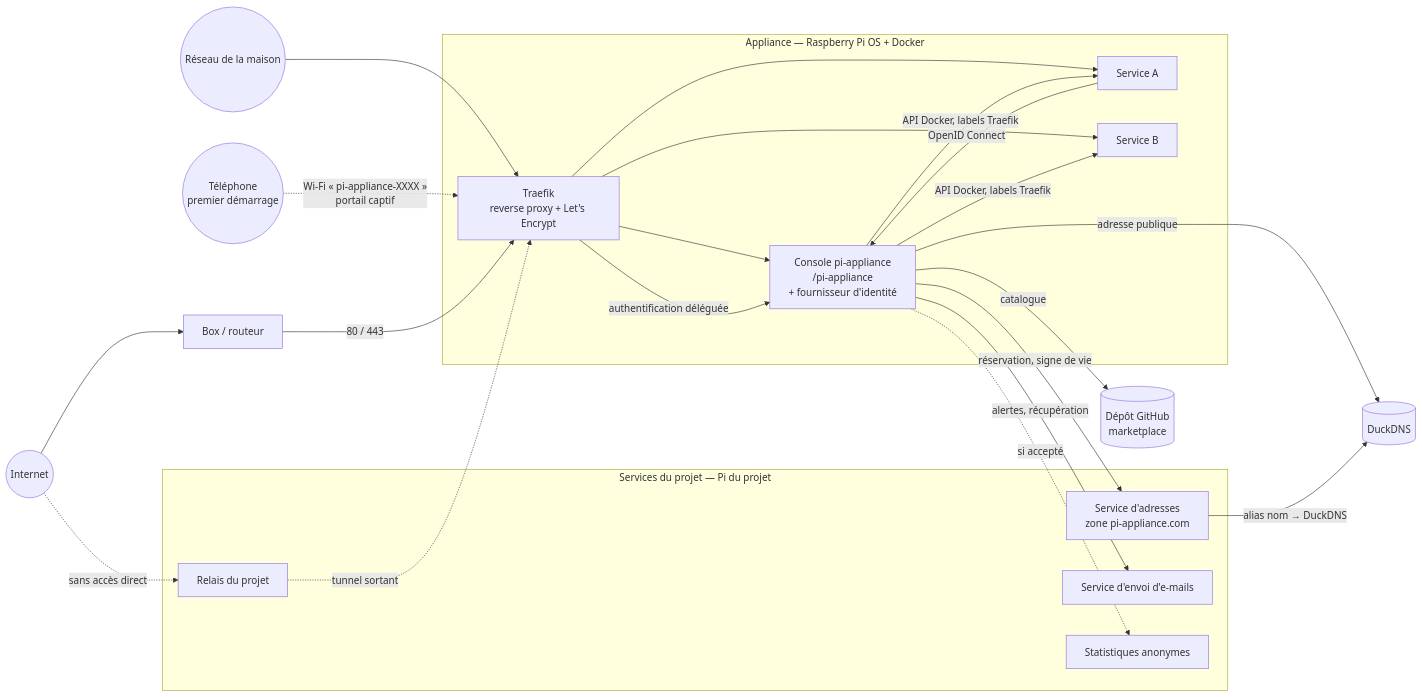
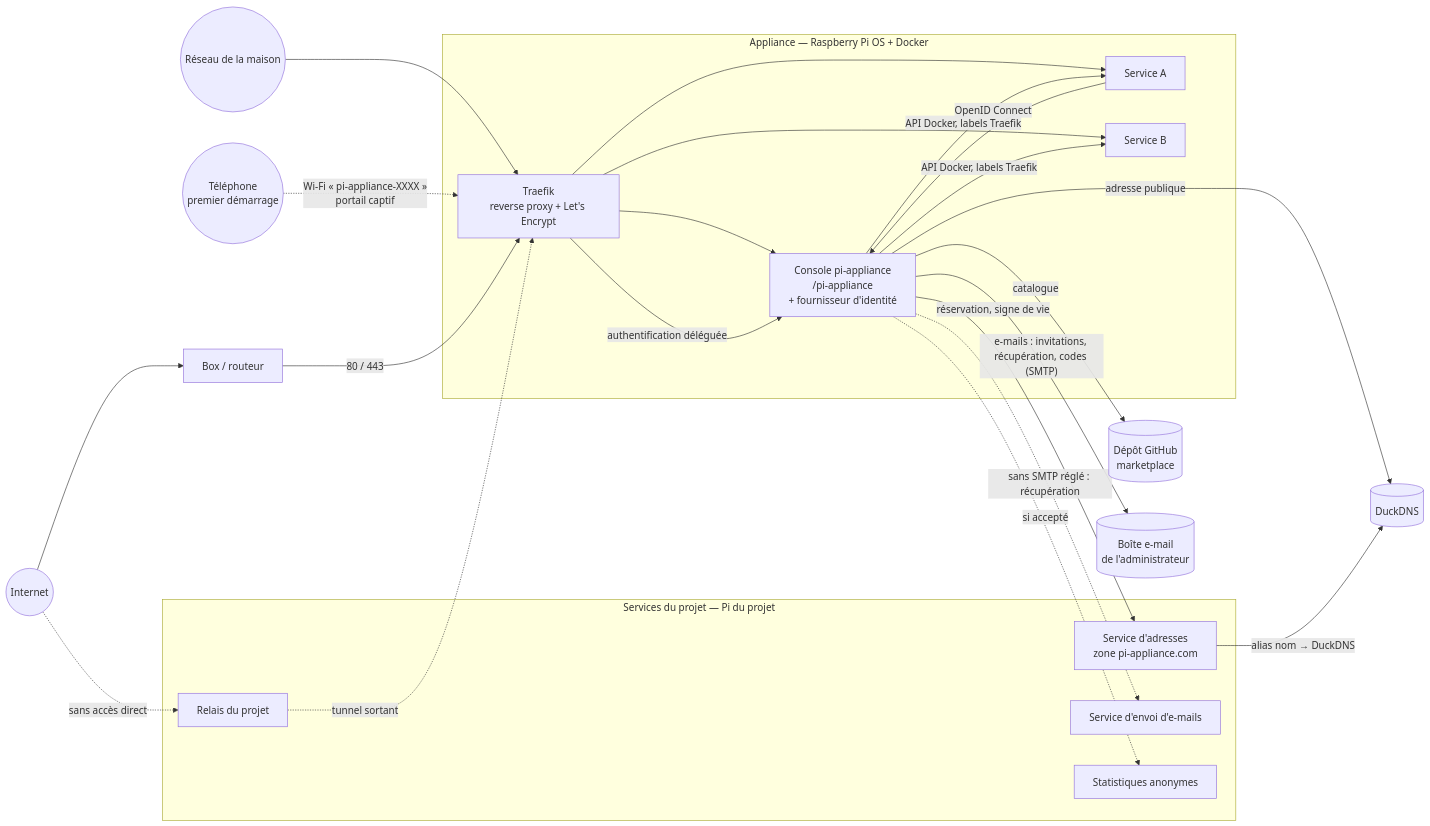
One commit to gmoulard/pi-appliance changed the diagram in docs/specification.md. Above: the diagram before and after it, drawn with Mermaid. The commit also changed other lines of this file and 40 other files, not shown here.

````diff
--- a/docs/specification.md
+++ b/docs/specification.md
@@ -584,34 +586,35 @@
 ```mermaid
 flowchart LR
     Internet((Internet)) --> Box[Box / routeur]
     Internet -. "sans accès direct" .-> Relais[Relais du projet]
     Relais -. "tunnel sortant" .-> Traefik
     LAN((Réseau de la maison)) --> Traefik
     Telephone((Téléphone<br/>premier démarrage)) -. "Wi-Fi « pi-appliance-XXXX »<br/>portail captif" .-> Traefik
     Box -- "80 / 443" --> Traefik
     subgraph Pi["Appliance — Raspberry Pi OS + Docker"]
         Traefik[Traefik<br/>reverse proxy + Let's Encrypt]
         Console[Console pi-appliance<br/>/pi-appliance<br/>+ fournisseur d'identité]
         S1[Service A]
         S2[Service B]
         Traefik --> Console
         Traefik --> S1
         Traefik --> S2
         Traefik -- "authentification déléguée" --> Console
         S1 -- "OpenID Connect" --> Console
         Console -- "API Docker, labels Traefik" --> S1
         Console -- "API Docker, labels Traefik" --> S2
     end
     subgraph Projet["Services du projet — Pi du projet"]
         Adresses[Service d'adresses<br/>zone pi-appliance.com]
         Relais
         Mail[Service d'envoi d'e-mails]
         Stats[Statistiques anonymes]
     end
     Console -- "catalogue" --> Catalogue[(Dépôt GitHub<br/>marketplace)]
     Console -- "adresse publique" --> DDNS[(DuckDNS)]
     Console -- "réservation, signe de vie" --> Adresses
-    Console -- "alertes, récupération" --> Mail
+    Console -- "e-mails : invitations, récupération, codes (SMTP)" --> Boite[(Boîte e-mail<br/>de l'administrateur)]
+    Console -. "sans SMTP réglé : récupération" .-> Mail
     Console -. "si accepté" .-> Stats
     Adresses -- "alias nom → DuckDNS" --> DDNS
 ```
````
